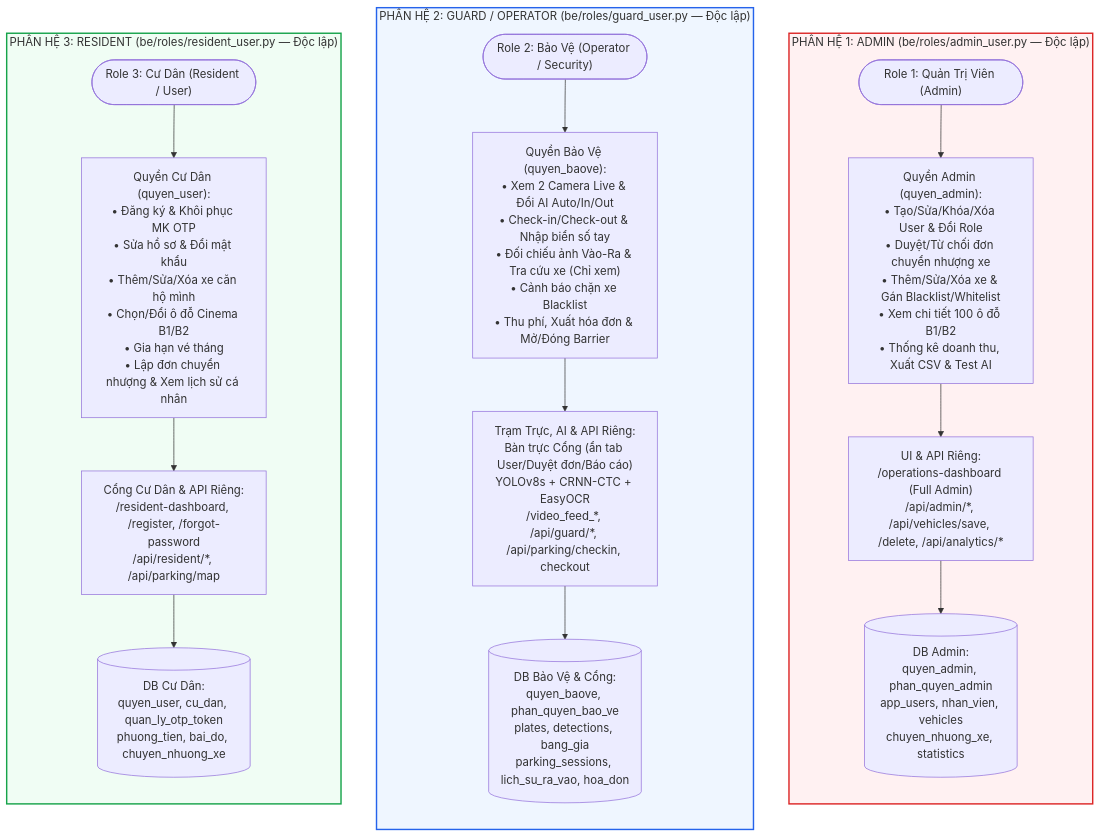
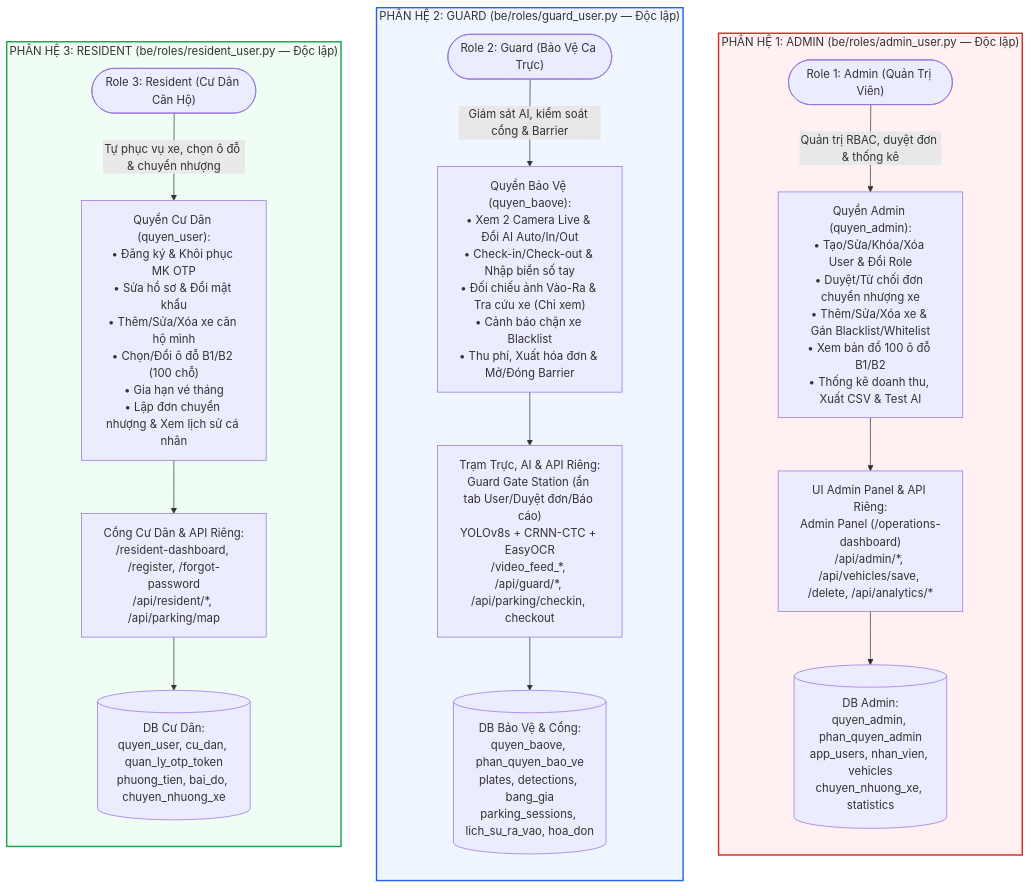
The diagram in ongthanquoctruong_24CT2_cnpm/README.md (Truong027/CNPM24), drawn with Mermaid before and after one commit. The commit also changed other lines of this file and 1 other file, not shown here.

Commit message:
docs: isolate Admin/Guard/Resident panels and ban uses / uses guard view arrows in README & GitDiagram prompt

````diff
--- a/ongthanquoctruong_24CT2_cnpm/README.md
+++ b/ongthanquoctruong_24CT2_cnpm/README.md
@@ -14,33 +15,33 @@
 ```mermaid
 flowchart TB
     subgraph Lane1["PHÂN HỆ 1: ADMIN (be/roles/admin_user.py — Độc lập)"]
         direction TB
-        A1(["Role 1: Quản Trị Viên (Admin)"])
-        A2["Quyền Admin (quyen_admin):<br/>• Tạo/Sửa/Khóa/Xóa User & Đổi Role<br/>• Duyệt/Từ chối đơn chuyển nhượng xe<br/>• Thêm/Sửa/Xóa xe & Gán Blacklist/Whitelist<br/>• Xem chi tiết 100 ô đỗ B1/B2<br/>• Thống kê doanh thu, Xuất CSV & Test AI"]
-        A3["UI & API Riêng:<br/>/operations-dashboard (Full Admin)<br/>/api/admin/*, /api/vehicles/save, /delete, /api/analytics/*"]
+        A1(["Role 1: Admin (Quản Trị Viên)"])
+        A2["Quyền Admin (quyen_admin):<br/>• Tạo/Sửa/Khóa/Xóa User & Đổi Role<br/>• Duyệt/Từ chối đơn chuyển nhượng xe<br/>• Thêm/Sửa/Xóa xe & Gán Blacklist/Whitelist<br/>• Xem bản đồ 100 ô đỗ B1/B2<br/>• Thống kê doanh thu, Xuất CSV & Test AI"]
+        A3["UI Admin Panel & API Riêng:<br/>Admin Panel (/operations-dashboard)<br/>/api/admin/*, /api/vehicles/save, /delete, /api/analytics/*"]
         A4[("DB Admin:<br/>quyen_admin, phan_quyen_admin<br/>app_users, nhan_vien, vehicles<br/>chuyen_nhuong_xe, statistics")]
-        A1 --> A2 --> A3 --> A4
+        A1 -->|"Quản trị RBAC, duyệt đơn & thống kê"| A2 --> A3 --> A4
     end
 
-    subgraph Lane2["PHÂN HỆ 2: GUARD / OPERATOR (be/roles/guard_user.py — Độc lập)"]
+    subgraph Lane2["PHÂN HỆ 2: GUARD (be/roles/guard_user.py — Độc lập)"]
         direction TB
-        G1(["Role 2: Bảo Vệ (Operator / Security)"])
+        G1(["Role 2: Guard (Bảo Vệ Ca Trực)"])
         G2["Quyền Bảo Vệ (quyen_baove):<br/>• Xem 2 Camera Live & Đổi AI Auto/In/Out<br/>• Check-in/Check-out & Nhập biển số tay<br/>• Đối chiếu ảnh Vào-Ra & Tra cứu xe (Chỉ xem)<br/>• Cảnh báo chặn xe Blacklist<br/>• Thu phí, Xuất hóa đơn & Mở/Đóng Barrier"]
-        G3["Trạm Trực, AI & API Riêng:<br/>Bàn trực Cổng (ẩn tab User/Duyệt đơn/Báo cáo)<br/>YOLOv8s + CRNN-CTC + EasyOCR<br/>/video_feed_*, /api/guard/*, /api/parking/checkin, checkout"]
+        G3["Trạm Trực, AI & API Riêng:<br/>Guard Gate Station (ẩn tab User/Duyệt đơn/Báo cáo)<br/>YOLOv8s + CRNN-CTC + EasyOCR<br/>/video_feed_*, /api/guard/*, /api/parking/checkin, checkout"]
         G4[("DB Bảo Vệ & Cổng:<br/>quyen_baove, phan_quyen_bao_ve<br/>plates, detections, bang_gia<br/>parking_sessions, lich_su_ra_vao, hoa_don")]
-        G1 --> G2 --> G3 --> G4
+        G1 -->|"Giám sát AI, kiểm soát cổng & Barrier"| G2 --> G3 --> G4
     end
 
     subgraph Lane3["PHÂN HỆ 3: RESIDENT (be/roles/resident_user.py — Độc lập)"]
         direction TB
-        R1(["Role 3: Cư Dân (Resident / User)"])
-        R2["Quyền Cư Dân (quyen_user):<br/>• Đăng ký & Khôi phục MK OTP<br/>• Sửa hồ sơ & Đổi mật khẩu<br/>• Thêm/Sửa/Xóa xe căn hộ mình<br/>• Chọn/Đổi ô đỗ Cinema B1/B2<br/>• Gia hạn vé tháng<br/>• Lập đơn chuyển nhượng & Xem lịch sử cá nhân"]
+        R1(["Role 3: Resident (Cư Dân Căn Hộ)"])
+        R2["Quyền Cư Dân (quyen_user):<br/>• Đăng ký & Khôi phục MK OTP<br/>• Sửa hồ sơ & Đổi mật khẩu<br/>• Thêm/Sửa/Xóa xe căn hộ mình<br/>• Chọn/Đổi ô đỗ B1/B2 (100 chỗ)<br/>• Gia hạn vé tháng<br/>• Lập đơn chuyển nhượng & Xem lịch sử cá nhân"]
         R3["Cổng Cư Dân & API Riêng:<br/>/resident-dashboard, /register, /forgot-password<br/>/api/resident/*, /api/parking/map"]
         R4[("DB Cư Dân:<br/>quyen_user, cu_dan, quan_ly_otp_token<br/>phuong_tien, bai_do, chuyen_nhuong_xe")]
-        R1 --> R2 --> R3 --> R4
+        R1 -->|"Tự phục vụ xe, chọn ô đỗ & chuyển nhượng"| R2 --> R3 --> R4
     end
 
     style Lane1 fill:#fff1f2,stroke:#dc2626,stroke-width:2px
     style Lane2 fill:#eff6ff,stroke:#2563eb,stroke-width:2px
     style Lane3 fill:#f0fdf4,stroke:#16a34a,stroke-width:2px
 ```
````
